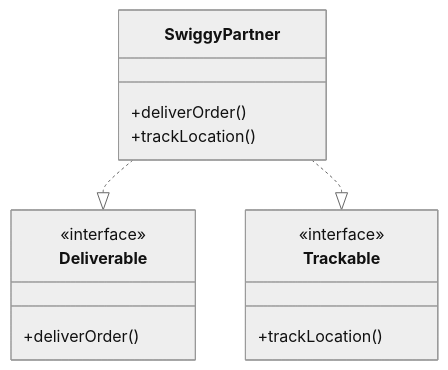
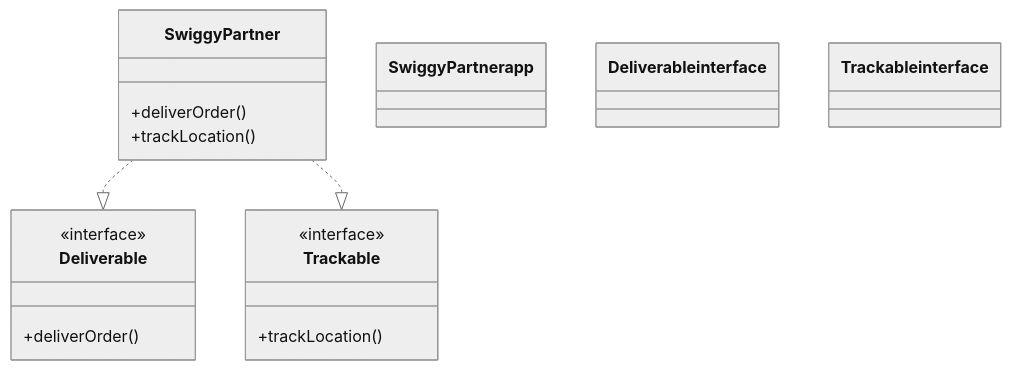
One commit to Shree2604/LL-System-Design changed the fifth of 6 diagrams in Day01/SOLID Principals/README.md. Above: the diagram before and after it, drawn with Mermaid (neutral theme). The commit also changed other lines of this file and 3 other files, not shown here.

````diff
--- a/Day01/SOLID Principals/README.md
+++ b/Day01/SOLID Principals/README.md
@@ -104,20 +105,29 @@
 ```mermaid
 classDiagram
     class Deliverable {
         <<interface>>
         +deliverOrder()
     }
     
     class Trackable {
         <<interface>>
         +trackLocation()
     }
     
     class SwiggyPartner {
         +deliverOrder()
         +trackLocation()
     }
     
     SwiggyPartner ..|> Deliverable
     SwiggyPartner ..|> Trackable
+    
+    classDef base fill:#2b2b2b,stroke:#4a4a4a,color:#e0e0e0,stroke-width:2px
+    classDef interface fill:#1e3a1e,stroke:#10b981,color:#e0e0e0,stroke-width:2px
+    classDef implementation fill:#1e3a8a,stroke:#3b82f6,color:#e0e0e0,stroke-width:2px
+    classDef app fill:#5b21b6,stroke:#8b5cf6,color:#e0e0e0,stroke-width:2px
+    
+    class SwiggyPartner app
+    class Deliverable interface
+    class Trackable interface
 ```
````
